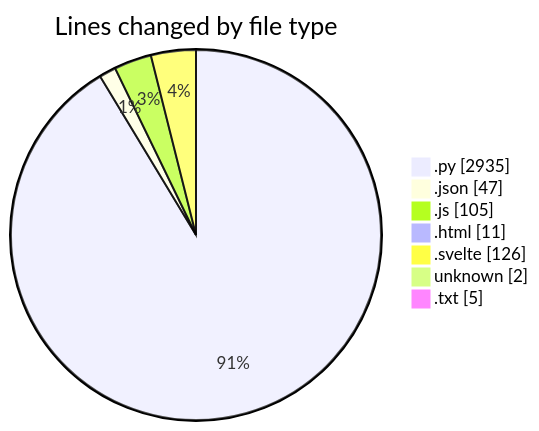
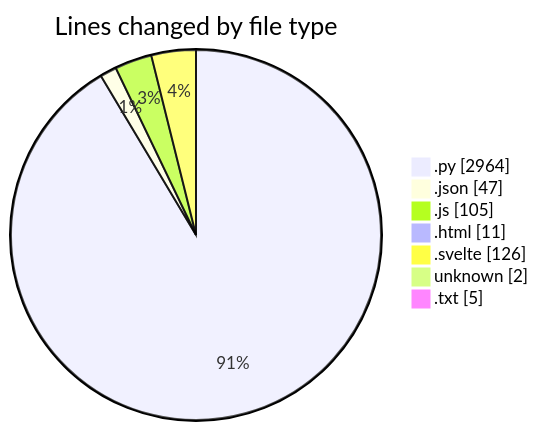
Before and after one commit to lephambinh05/code-tracking: the first of 2 diagrams in 2025-07-10/toolsopenemalpass/README.md, drawn with Mermaid. The commit also changed other lines of this file and 1 other file, not shown here.

````diff
--- a/2025-07-10/toolsopenemalpass/README.md
+++ b/2025-07-10/toolsopenemalpass/README.md
@@ -62,11 +62,11 @@
 ```mermaid
 pie showData
 title Lines changed by file type
-".py" : 2935
+".py" : 2964
 ".json" : 47
 ".js" : 105
 ".html" : 11
 ".svelte" : 126
 "unknown" : 2
 ".txt" : 5
 ```
````
